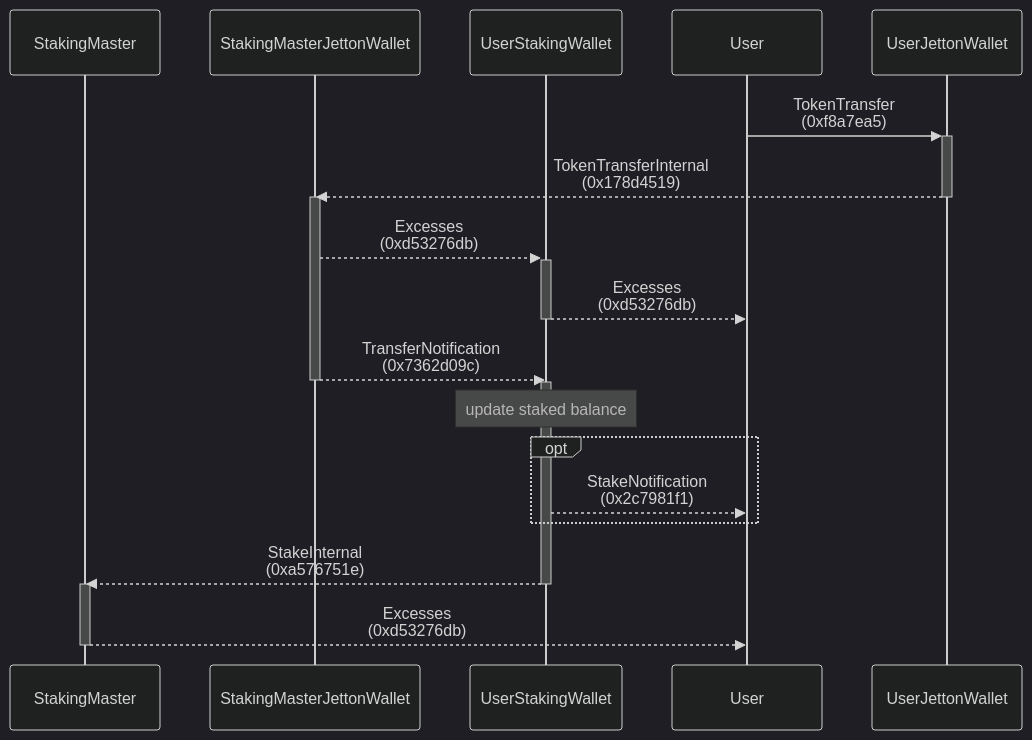
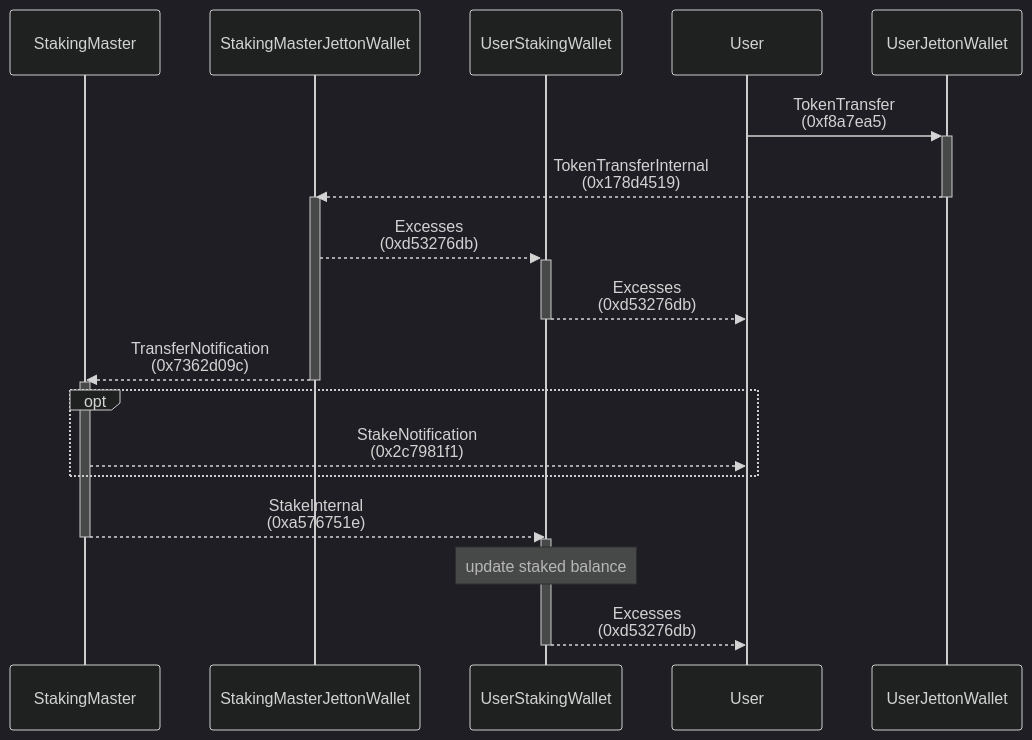
One commit to Laisky/tact-utils changed the second of 4 diagrams in contracts/staking/README.md. Above: the diagram before and after it, drawn with Mermaid (dark theme). The commit also changed other lines of this file and 4 other files, not shown here.

````diff
--- a/contracts/staking/README.md
+++ b/contracts/staking/README.md
@@ -80,23 +56,23 @@
 ```mermaid
 sequenceDiagram
     participant A as StakingMaster
     participant E as StakingMasterJettonWallet
     participant B as UserStakingWallet
     participant C as User
     participant D as UserJettonWallet
 
     C ->>+ D: TokenTransfer<BR />(0xf8a7ea5)
     D -->>- E: TokenTransferInternal<BR />(0x178d4519)
     activate E
     E -->>+ B: Excesses<BR />(0xd53276db)
     B -->>- C: Excesses<BR />(0xd53276db)
-    E -->>- B: TransferNotification<BR />(0x7362d09c)
+    E -->>- A: TransferNotification<BR />(0x7362d09c)
+    activate A
+    opt
+        A -->> C: StakeNotification<BR />(0x2c7981f1)
+    end
+    A -->>- B: StakeInternal<BR />(0xa576751e)
     activate B
     Note over B: update staked balance
-    opt
-        B -->> C: StakeNotification<BR />(0x2c7981f1)
-    end
-    B -->>- A: StakeInternal<BR />(0xa576751e)
-    activate A
-    A -->>- C: Excesses<BR />(0xd53276db)
+    B -->>- C: Excesses<BR />(0xd53276db)
 ```
````
